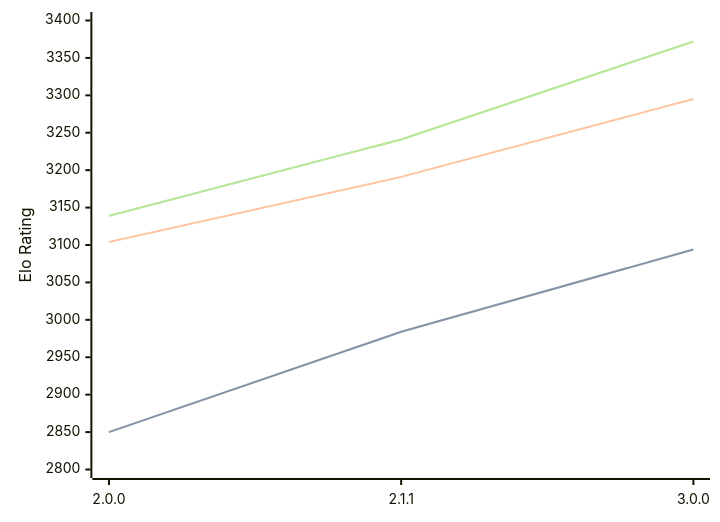
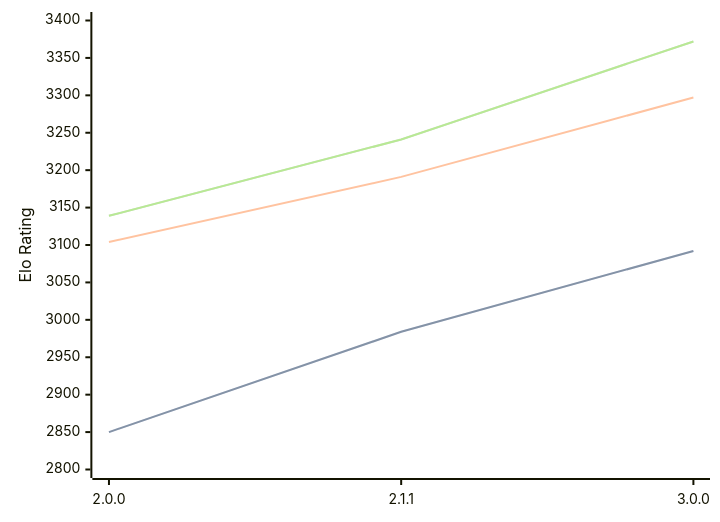
One commit to computer-chess-index/cci changed the diagram in engines/Bread.md. Above: the diagram before and after it, drawn with Mermaid. The commit also changed other lines of this file, not shown here.

````diff
--- a/engines/Bread.md
+++ b/engines/Bread.md
@@ -53,11 +53,11 @@
 ```mermaid
 %%{init: {"theme":"base","themeVariables":{"seriesColors:['#a3a3a3','#222221','#faa371']}}}%%
 xychart-beta
   x-axis ["2.0.0", "2.1.1", "3.0.0"]
   y-axis "Elo Rating" 2800 --> 3400
-  line "STC (8.0+0.08s)" [2850, 2984, 3094]
-  line "STC (8.0+0.08s)" [2850, 2984, 3094]
-  line "LTC (60.0+0.60s)" [3104, 3191, 3295]
+  line "STC (8.0+0.08s)" [2850, 2984, 3092]
+  line "STC (8.0+0.08s)" [2850, 2984, 3092]
+  line "LTC (60.0+0.60s)" [3104, 3191, 3297]
   line "VLTC (2m24s+1.12s)" [3139, 3241, 3372]
   line "VLTC (2m24s+1.12s)" [3139, 3241, 3372]
 ```
````
